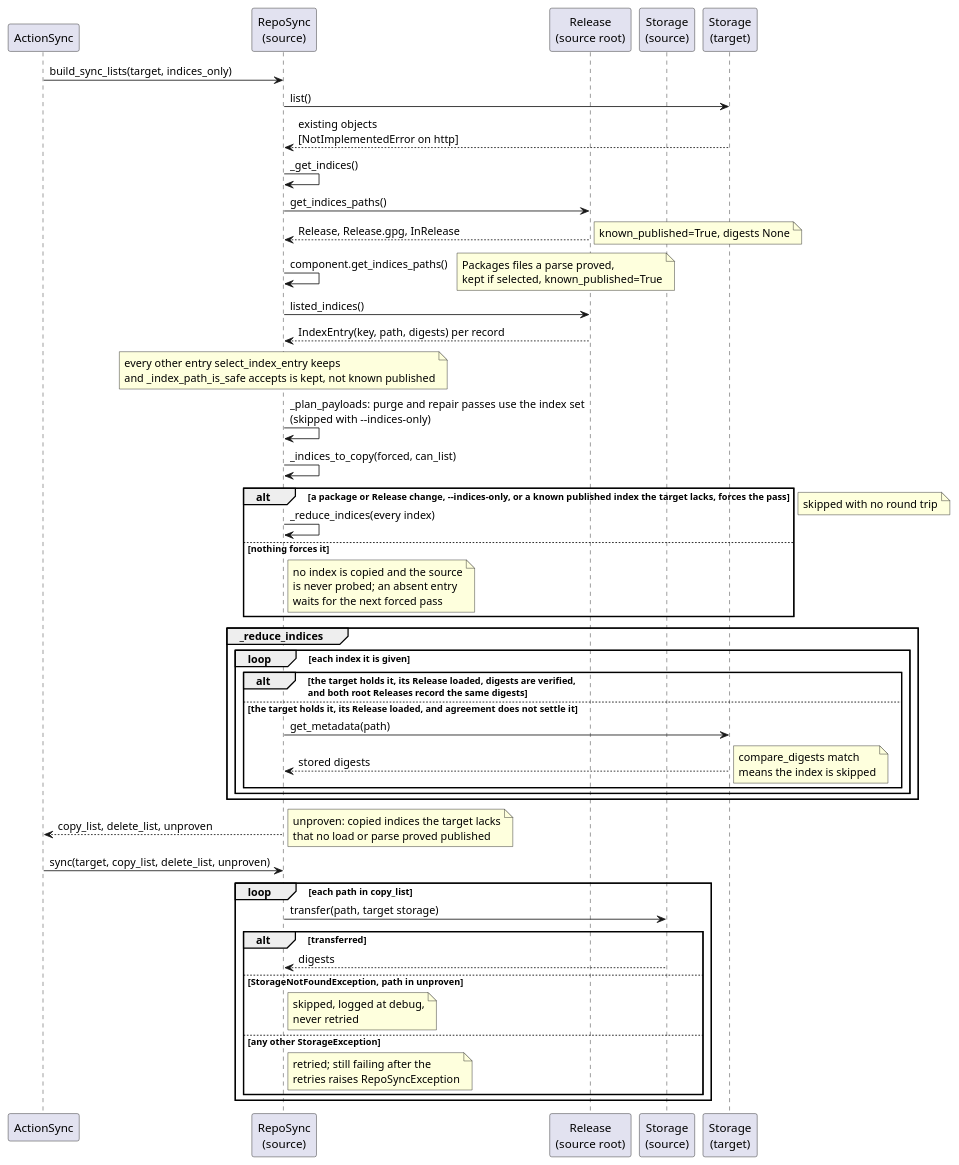
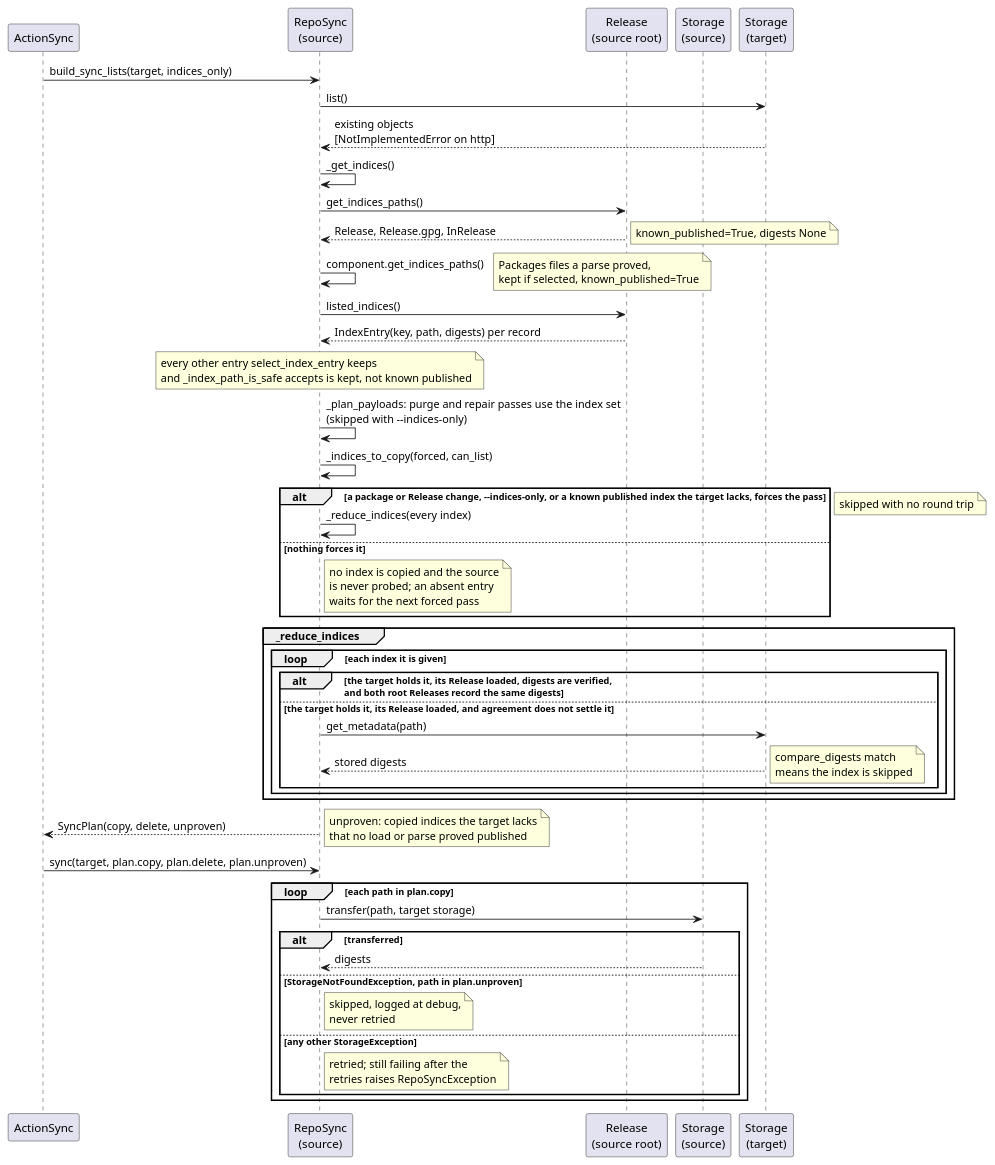
One commit to vinklat/debkit changed the diagram in docs/development/diagrams/repo-sync-indices-sequence.puml. Above: the diagram before and after it, drawn with PlantUML. The commit also changed 12 other files, not shown here.

First line of the commit message:
Return a SyncPlan and check through RepoSync.over

```diff
--- a/docs/development/diagrams/repo-sync-indices-sequence.puml
+++ b/docs/development/diagrams/repo-sync-indices-sequence.puml
@@ -1,58 +1,58 @@
 @startuml
 participant ActionSync
 participant "RepoSync\n(source)" as Src
 participant "Release\n(source root)" as Rel
 participant "Storage\n(source)" as SStor
 participant "Storage\n(target)" as TStor
 
 ActionSync -> Src: build_sync_lists(target, indices_only)
 Src -> TStor: list()
 TStor --> Src: existing objects\n[NotImplementedError on http]
 
 Src -> Src: _get_indices()
 Src -> Rel: get_indices_paths()
 Rel --> Src: Release, Release.gpg, InRelease
 note right: known_published=True, digests None
 Src -> Src: component.get_indices_paths()
 note right: Packages files a parse proved,\nkept if selected, known_published=True
 Src -> Rel: listed_indices()
 Rel --> Src: IndexEntry(key, path, digests) per record
 
 note over Src: every other entry select_index_entry keeps\nand _index_path_is_safe accepts is kept, not known published
 
 Src -> Src: _plan_payloads: purge and repair passes use the index set\n(skipped with --indices-only)
 
 Src -> Src: _indices_to_copy(forced, can_list)
 alt a package or Release change, --indices-only, or a known published index the target lacks, forces the pass
   Src -> Src: _reduce_indices(every index)
 else nothing forces it
   note right of Src: no index is copied and the source\nis never probed; an absent entry\nwaits for the next forced pass
 end
 
 group _reduce_indices
   loop each index it is given
     alt the target holds it, its Release loaded, digests are verified,\nand both root Releases record the same digests
       note right: skipped with no round trip
     else the target holds it, its Release loaded, and agreement does not settle it
       Src -> TStor: get_metadata(path)
       TStor --> Src: stored digests
       note right: compare_digests match\nmeans the index is skipped
     end
   end
 end
 
-Src --> ActionSync: copy_list, delete_list, unproven
+Src --> ActionSync: SyncPlan(copy, delete, unproven)
 note right: unproven: copied indices the target lacks\nthat no load or parse proved published
 
-ActionSync -> Src: sync(target, copy_list, delete_list, unproven)
-loop each path in copy_list
+ActionSync -> Src: sync(target, plan.copy, plan.delete, plan.unproven)
+loop each path in plan.copy
   Src -> SStor: transfer(path, target storage)
   alt transferred
     SStor --> Src: digests
-  else StorageNotFoundException, path in unproven
+  else StorageNotFoundException, path in plan.unproven
     note right of Src: skipped, logged at debug,\nnever retried
   else any other StorageException
     note right of Src: retried; still failing after the\nretries raises RepoSyncException
   end
 end
 @enduml
```
